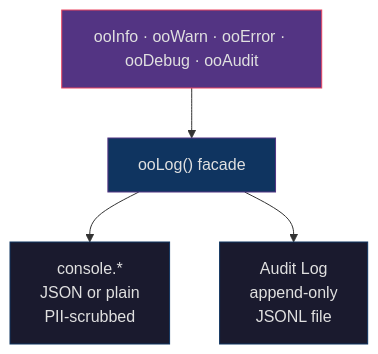
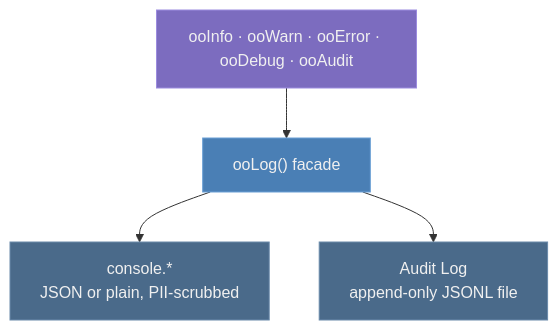
One commit to OpenObscure/OpenObscure changed diagram 14 of 15 in ARCHITECTURE.md. Above: the diagram before and after it, drawn with Mermaid. The commit also changed other lines of this file and 7 other files, not shown here.

First line of the commit message:
Improve diagrams, screenshot, and repo hygiene

````diff
--- a/ARCHITECTURE.md
+++ b/ARCHITECTURE.md
@@ -652,17 +652,17 @@
 ```mermaid
 flowchart TB
     funcs["ooInfo · ooWarn · ooError · ooDebug · ooAudit"]
     facade["ooLog() facade"]
     funcs --> facade
 
-    console["console.*\nJSON or plain\nPII-scrubbed"]
-    auditlog["Audit Log\nappend-only\nJSONL file"]
+    console["console.*<br>JSON or plain, PII-scrubbed"]
+    auditlog["Audit Log<br>append-only JSONL file"]
 
     facade --> console
     facade --> auditlog
 
-    style funcs fill:#533483,stroke:#e94560,color:#e0e0e0
-    style facade fill:#0f3460,stroke:#533483,color:#e0e0e0
-    style console fill:#1a1a2e,stroke:#0f3460,color:#e0e0e0
-    style auditlog fill:#1a1a2e,stroke:#0f3460,color:#e0e0e0
+    style funcs fill:#7c6cbf,stroke:#9c8cdf,color:#f0f0f0
+    style facade fill:#4a7fb5,stroke:#6a9fd5,color:#f0f0f0
+    style console fill:#4a6a8a,stroke:#6a8aaa,color:#f0f0f0
+    style auditlog fill:#4a6a8a,stroke:#6a8aaa,color:#f0f0f0
 ```
````
